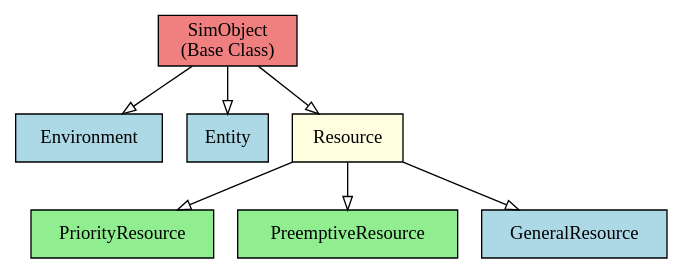
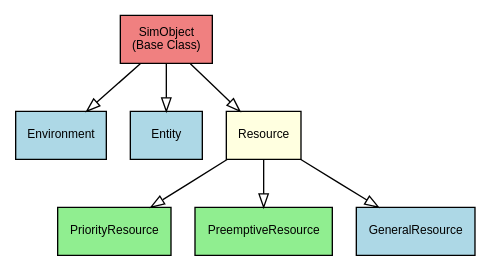
Before and after one commit to Project-SimPM/SimPM: the diagram in docs/source/_visualizations/simpm_classes.dot, drawn with Graphviz. The commit also changed 8 other files, not shown here.

Commit message:
Reduce font sizes in diagrams for better proportionality and readability

```diff
--- a/docs/source/_visualizations/simpm_classes.dot
+++ b/docs/source/_visualizations/simpm_classes.dot
@@ -1,34 +1,34 @@
 digraph SimPM_ClassHierarchy {
-    graph [rankdir=TB, bgcolor=white];
-    node [shape=box, style="filled", fillcolor=lightblue];
-    edge [arrowhead=empty];
+    graph [rankdir=TB, bgcolor=white, fontsize=10];
+    node [shape=box, style="filled", fillcolor=lightblue, fontsize=9, fontname="Arial"];
+    edge [arrowhead=empty, fontsize=8];
     
     // Base classes
     SimObject [label="SimObject
 (Base Class)"];
     
     // Derived classes
     Environment [label="Environment"];
     Entity [label="Entity"];
     Resource [label="Resource"];
     
     // Resource variants
     PriorityResource [label="PriorityResource"];
     PreemptiveResource [label="PreemptiveResource"];
     GeneralResource [label="GeneralResource"];
     
     // Relationships
     SimObject -> Environment;
     SimObject -> Entity;
     SimObject -> Resource;
     
     Resource -> PriorityResource;
     Resource -> PreemptiveResource;
     Resource -> GeneralResource;
     
     // Styling
     SimObject [fillcolor=lightcoral];
     Resource [fillcolor=lightyellow];
     PriorityResource [fillcolor=lightgreen];
     PreemptiveResource [fillcolor=lightgreen];
 }
```
